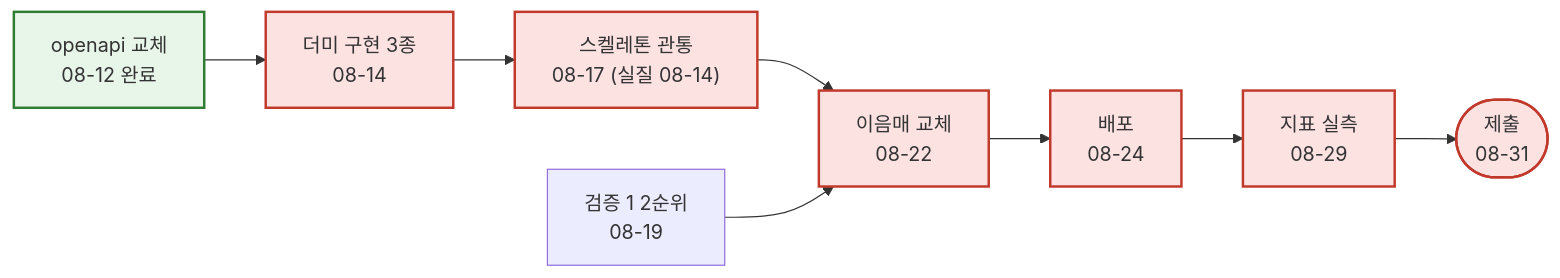
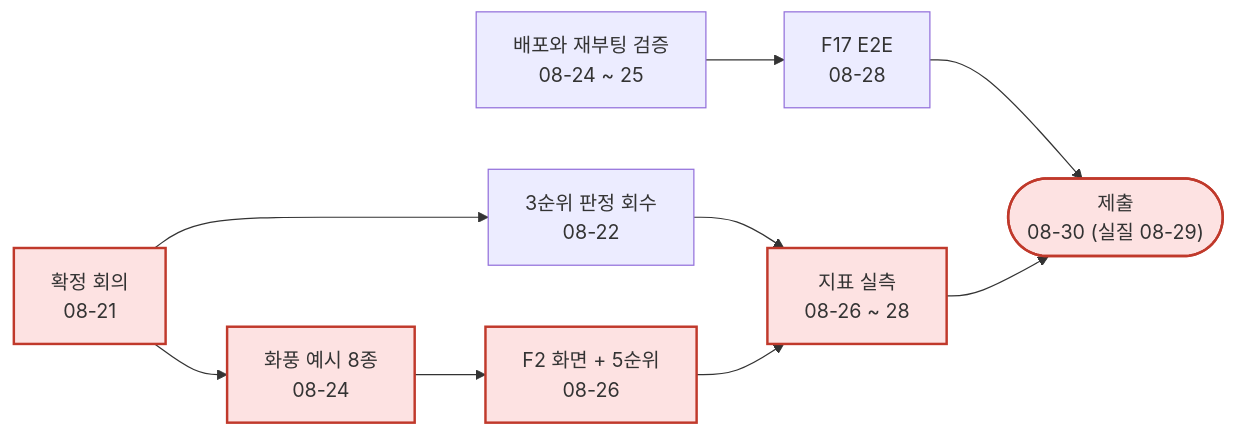
One commit to Codeit-AI10-Part4-3Team/AI10-Part4-3Team-Advanced-Project changed the second of 2 diagrams in docs/역할_일정/00-overall.md. Above: the diagram before and after it, drawn with Mermaid. The commit also changed other lines of this file and 12 other files, not shown here.

````diff
--- a/docs/역할_일정/00-overall.md
+++ b/docs/역할_일정/00-overall.md
@@ -248,19 +284,19 @@
 ```mermaid
 flowchart LR
-    CONTRACT["openapi 교체<br/>08-12 완료"]
-    DUMMY["더미 구현 3종<br/>08-14"]
-    SKEL["스켈레톤 관통<br/>08-17 (실질 08-14)"]
-    V1["검증 1 2순위<br/>08-19"]
-    SWAP["이음매 교체<br/>08-22"]
-    DEPLOY["배포<br/>08-24"]
-    MEASURE["지표 실측<br/>08-29"]
-    SUBMIT(["제출<br/>08-31"])
+    MEET["확정 회의<br/>08-21"]
+    V3["3순위 판정 회수<br/>08-22"]
+    STYLES["화풍 예시 8종<br/>08-24"]
+    F2V5["F2 화면 + 5순위<br/>08-26"]
+    DEPLOY["배포와 재부팅 검증<br/>08-24 ~ 25"]
+    MEASURE["지표 실측<br/>08-26 ~ 28"]
+    E2E["F17 E2E<br/>08-28"]
+    SUBMIT(["제출<br/>08-30 (실질 08-29)"])
 
-    CONTRACT --> DUMMY --> SKEL --> SWAP --> DEPLOY --> MEASURE --> SUBMIT
-    V1 --> SWAP
+    MEET --> V3 --> MEASURE
+    MEET --> STYLES --> F2V5 --> MEASURE
+    DEPLOY --> E2E --> SUBMIT
+    MEASURE --> SUBMIT
 
     classDef crit fill:#fde2e2,stroke:#c0392b,stroke-width:2px
-    classDef done fill:#e8f5e9,stroke:#2e7d32,stroke-width:2px
-    class DUMMY,SKEL,SWAP,DEPLOY,MEASURE,SUBMIT crit
-    class CONTRACT done
+    class MEET,STYLES,F2V5,MEASURE,SUBMIT crit
 ```
````
